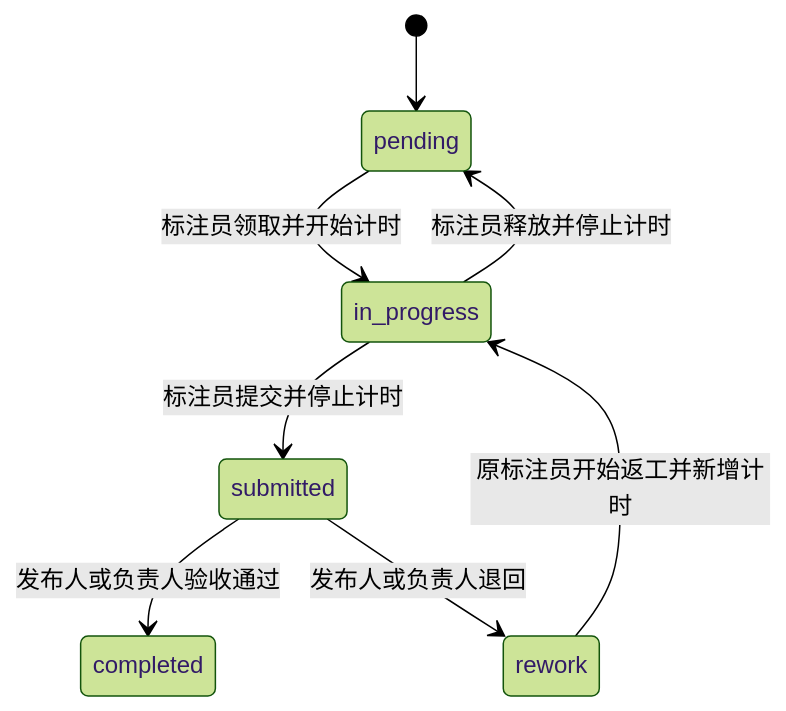
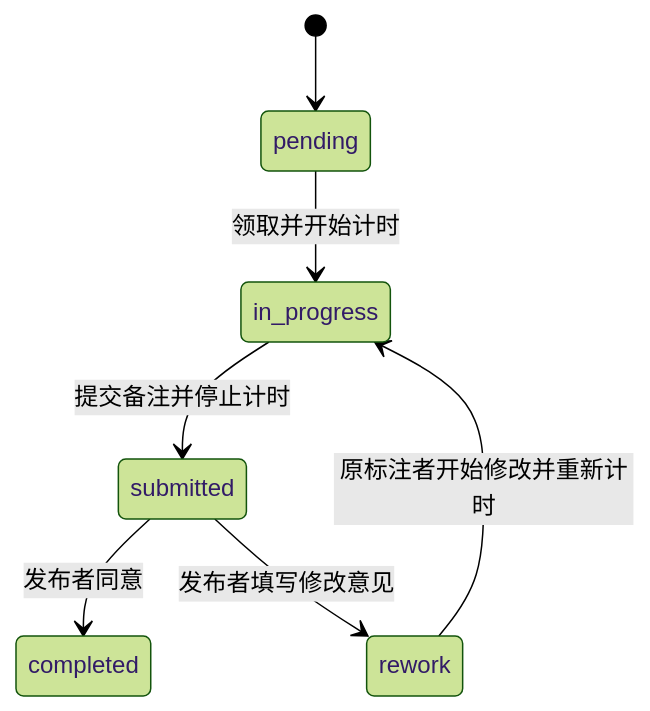
One commit to JasenZ2000/VideoAnnotate changed the first of 2 diagrams in docs/platform-capabilities.md. Above: the diagram before and after it, drawn with Mermaid (forest theme). The commit also changed other lines of this file and 37 other files, not shown here.

````diff
--- a/docs/platform-capabilities.md
+++ b/docs/platform-capabilities.md
@@ -153,10 +31,9 @@
 ```mermaid
 stateDiagram-v2
     [*] --> pending
-    pending --> in_progress: 标注员领取并开始计时
-    in_progress --> pending: 标注员释放并停止计时
-    in_progress --> submitted: 标注员提交并停止计时
-    submitted --> completed: 发布人或负责人验收通过
-    submitted --> rework: 发布人或负责人退回
-    rework --> in_progress: 原标注员开始返工并新增计时
+    pending --> in_progress: 领取并开始计时
+    in_progress --> submitted: 提交备注并停止计时
+    submitted --> completed: 发布者同意
+    submitted --> rework: 发布者填写修改意见
+    rework --> in_progress: 原标注者开始修改并重新计时
 ```
````
